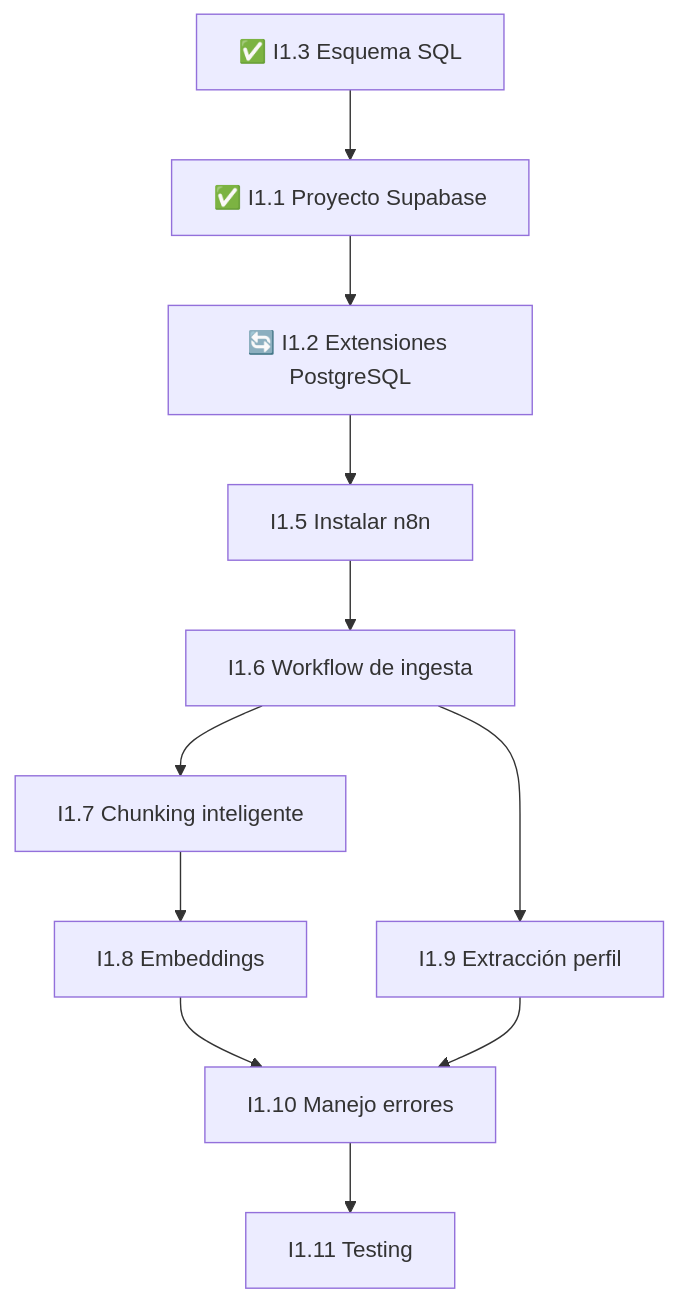
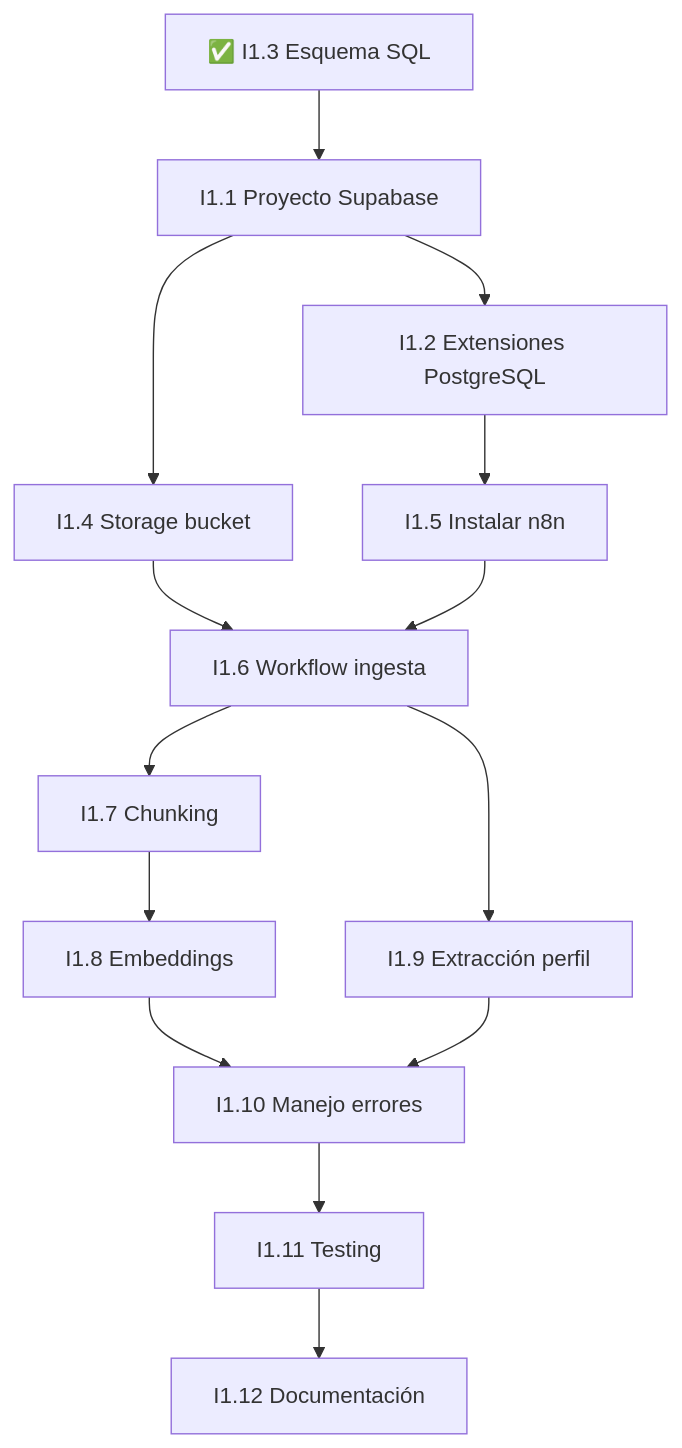
The diagram in .claude/docs/fases/fase1/tareas.md (jmocana2/workrules), drawn with Mermaid before and after one commit. The commit also changed other lines of this file and 3 other files, not shown here.

````diff
--- a/.claude/docs/fases/fase1/tareas.md
+++ b/.claude/docs/fases/fase1/tareas.md
@@ -151,13 +421,16 @@
 ```mermaid
-graph TD
-    I1_3[✅ I1.3 Esquema SQL] --> I1_1[✅ I1.1 Proyecto Supabase]
-    I1_1 --> I1_2[🔄 I1.2 Extensiones PostgreSQL]
+flowchart TD
+    I1_3[✅ I1.3 Esquema SQL] --> I1_1[I1.1 Proyecto Supabase]
+    I1_1 --> I1_2[I1.2 Extensiones PostgreSQL]
+    I1_1 --> I1_4[I1.4 Storage bucket]
     I1_2 --> I1_5[I1.5 Instalar n8n]
-    I1_5 --> I1_6[I1.6 Workflow de ingesta]
-    I1_6 --> I1_7[I1.7 Chunking inteligente]
+    I1_4 --> I1_6[I1.6 Workflow ingesta]
+    I1_5 --> I1_6
+    I1_6 --> I1_7[I1.7 Chunking]
+    I1_6 --> I1_9[I1.9 Extracción perfil]
     I1_7 --> I1_8[I1.8 Embeddings]
-    I1_6 --> I1_9[I1.9 Extracción perfil]
     I1_8 --> I1_10[I1.10 Manejo errores]
     I1_9 --> I1_10
     I1_10 --> I1_11[I1.11 Testing]
+    I1_11 --> I1_12[I1.12 Documentación]
 ```
````
